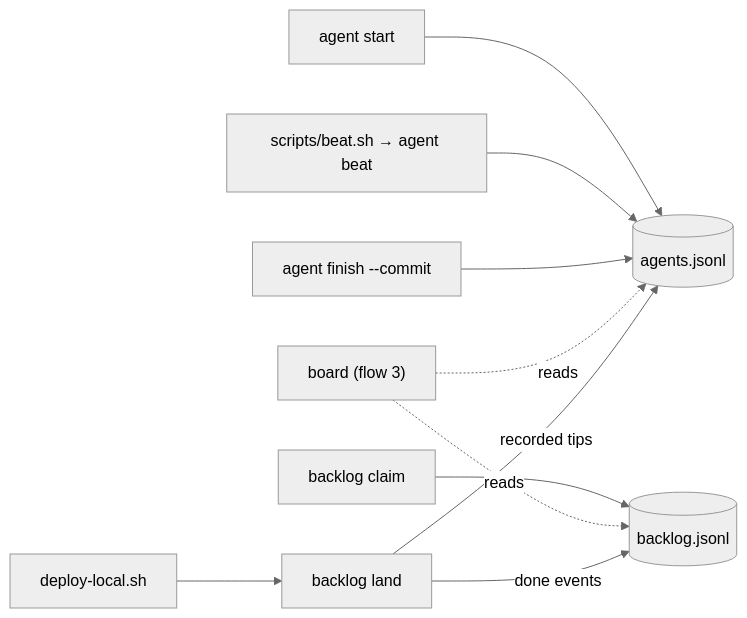
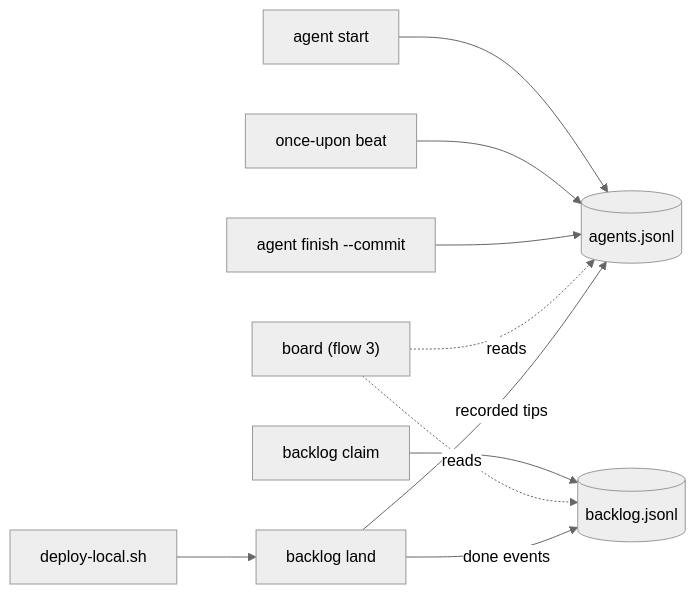
Before and after one commit to shank-eric/once-upon-a-diff: the fifth of 5 diagrams in docs/flows.md, drawn with Mermaid (neutral theme). The commit also changed other lines of this file and 36 other files, not shown here.

First line of the commit message:
once-upon beat and once-upon heavy replace scripts/beat.sh and scripts/heavy.sh

````diff
--- a/docs/flows.md
+++ b/docs/flows.md
@@ -251,12 +251,12 @@
 ```mermaid
 flowchart LR
   start["agent start"] --> reg[("agents.jsonl")]
   claim["backlog claim"] --> bl[("backlog.jsonl")]
-  beats["scripts/beat.sh → agent beat"] --> reg
+  beats["once-upon beat"] --> reg
   finish["agent finish --commit"] --> reg
   board["board (flow 3)"] -.->|reads| reg
   board -.->|reads| bl
   deploy["deploy-local.sh"] --> land["backlog land"]
   land -->|recorded tips| reg
   land -->|done events| bl
 ```
````
